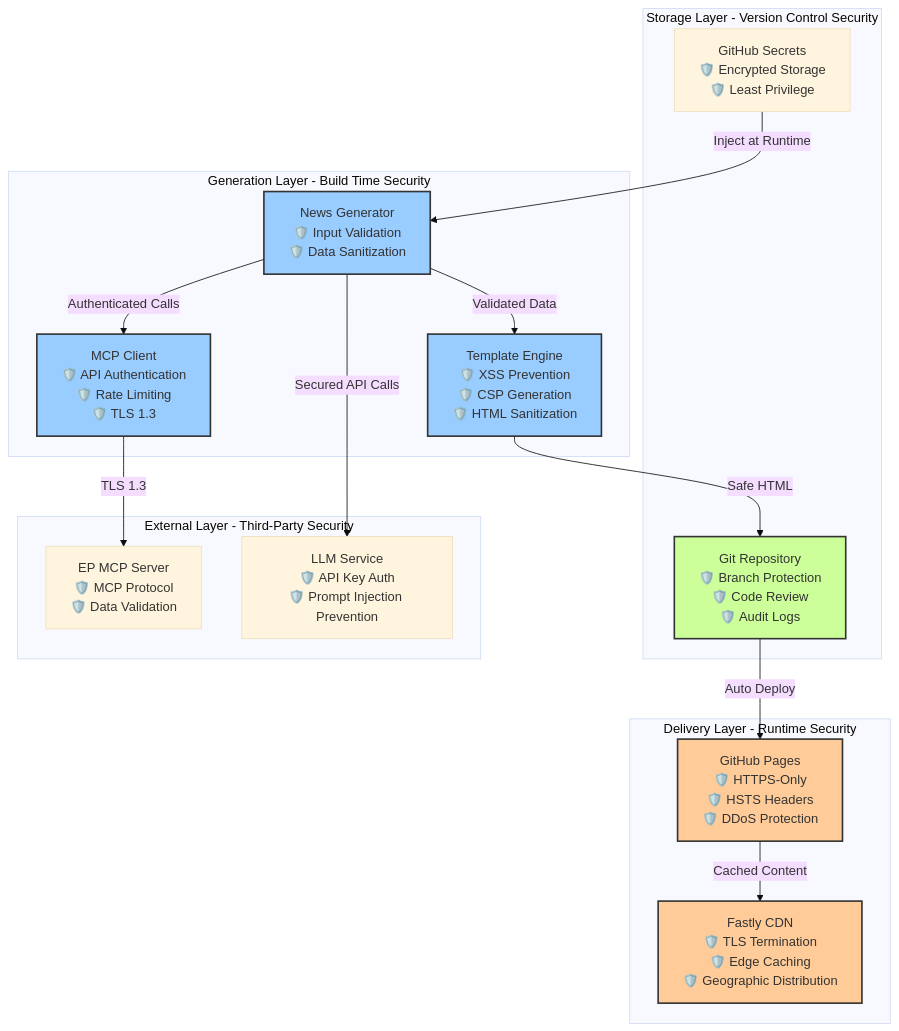
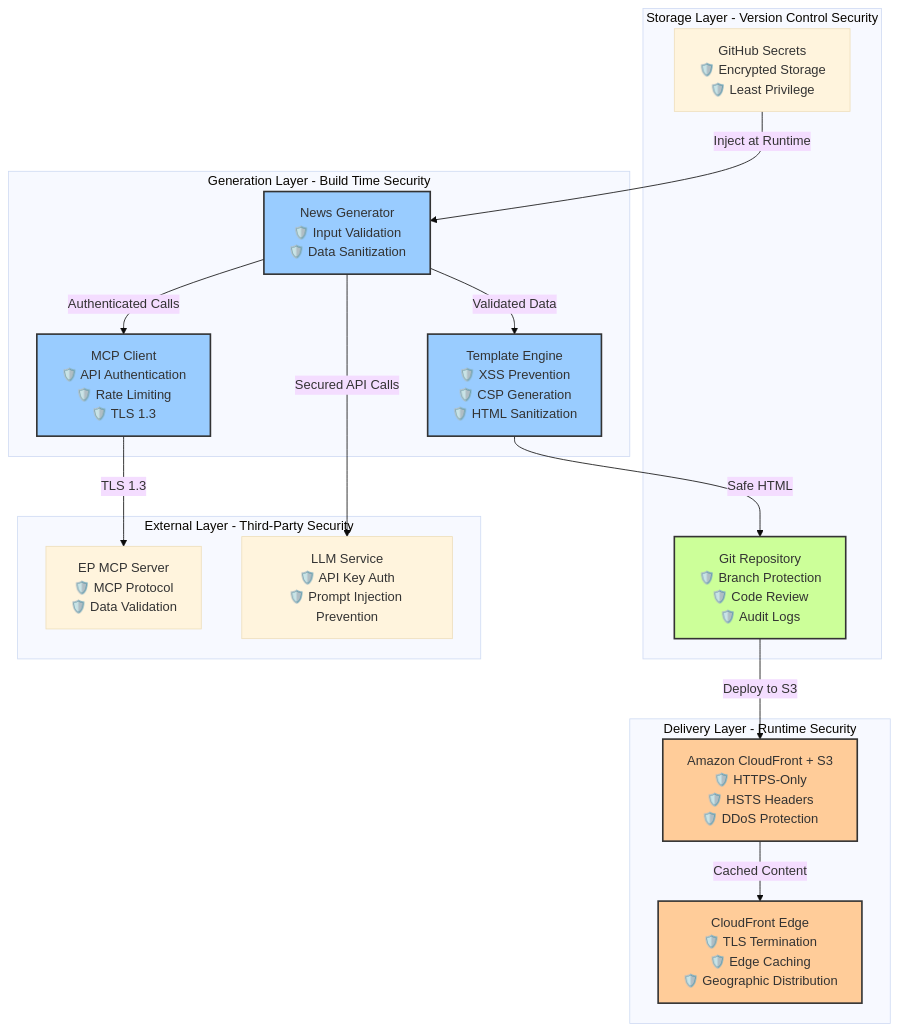
The fourth of 12 diagrams in ARCHITECTURE.md (Hack23/euparliamentmonitor), drawn with Mermaid (base theme) before and after one commit. The commit also changed other lines of this file, not shown here.

Commit message:
docs: fix deployment references and current-state accuracy in ARCHITECTURE.md

````diff
--- a/ARCHITECTURE.md
+++ b/ARCHITECTURE.md
@@ -328,39 +334,39 @@
 ```mermaid
 graph TB
     subgraph "Generation Layer - Build Time Security"
         NewsGen[News Generator<br/>🛡️ Input Validation<br/>🛡️ Data Sanitization]
         MCPClient[MCP Client<br/>🛡️ API Authentication<br/>🛡️ Rate Limiting<br/>🛡️ TLS 1.3]
         Template[Template Engine<br/>🛡️ XSS Prevention<br/>🛡️ CSP Generation<br/>🛡️ HTML Sanitization]
     end
     
     subgraph "Storage Layer - Version Control Security"
         GitRepo[Git Repository<br/>🛡️ Branch Protection<br/>🛡️ Code Review<br/>🛡️ Audit Logs]
         Secrets[GitHub Secrets<br/>🛡️ Encrypted Storage<br/>🛡️ Least Privilege]
     end
     
     subgraph "Delivery Layer - Runtime Security"
-        Pages[GitHub Pages<br/>🛡️ HTTPS-Only<br/>🛡️ HSTS Headers<br/>🛡️ DDoS Protection]
-        CDN[Fastly CDN<br/>🛡️ TLS Termination<br/>🛡️ Edge Caching<br/>🛡️ Geographic Distribution]
+        Pages[Amazon CloudFront + S3<br/>🛡️ HTTPS-Only<br/>🛡️ HSTS Headers<br/>🛡️ DDoS Protection]
+        CDN[CloudFront Edge<br/>🛡️ TLS Termination<br/>🛡️ Edge Caching<br/>🛡️ Geographic Distribution]
     end
     
     subgraph "External Layer - Third-Party Security"
         EPMCP[EP MCP Server<br/>🛡️ MCP Protocol<br/>🛡️ Data Validation]
         LLM[LLM Service<br/>🛡️ API Key Auth<br/>🛡️ Prompt Injection Prevention]
     end
     
     NewsGen -->|Validated Data| Template
     NewsGen -->|Authenticated Calls| MCPClient
     MCPClient -->|TLS 1.3| EPMCP
     NewsGen -->|Secured API Calls| LLM
     Template -->|Safe HTML| GitRepo
     Secrets -->|Inject at Runtime| NewsGen
-    GitRepo -->|Auto Deploy| Pages
+    GitRepo -->|Deploy to S3| Pages
     Pages -->|Cached Content| CDN
     
     style NewsGen fill:#9cf,stroke:#333,stroke-width:2px
     style Template fill:#9cf,stroke:#333,stroke-width:2px
     style MCPClient fill:#9cf,stroke:#333,stroke-width:2px
     style GitRepo fill:#cf9,stroke:#333,stroke-width:2px
     style Pages fill:#fc9,stroke:#333,stroke-width:2px
     style CDN fill:#fc9,stroke:#333,stroke-width:2px
 ```
````
